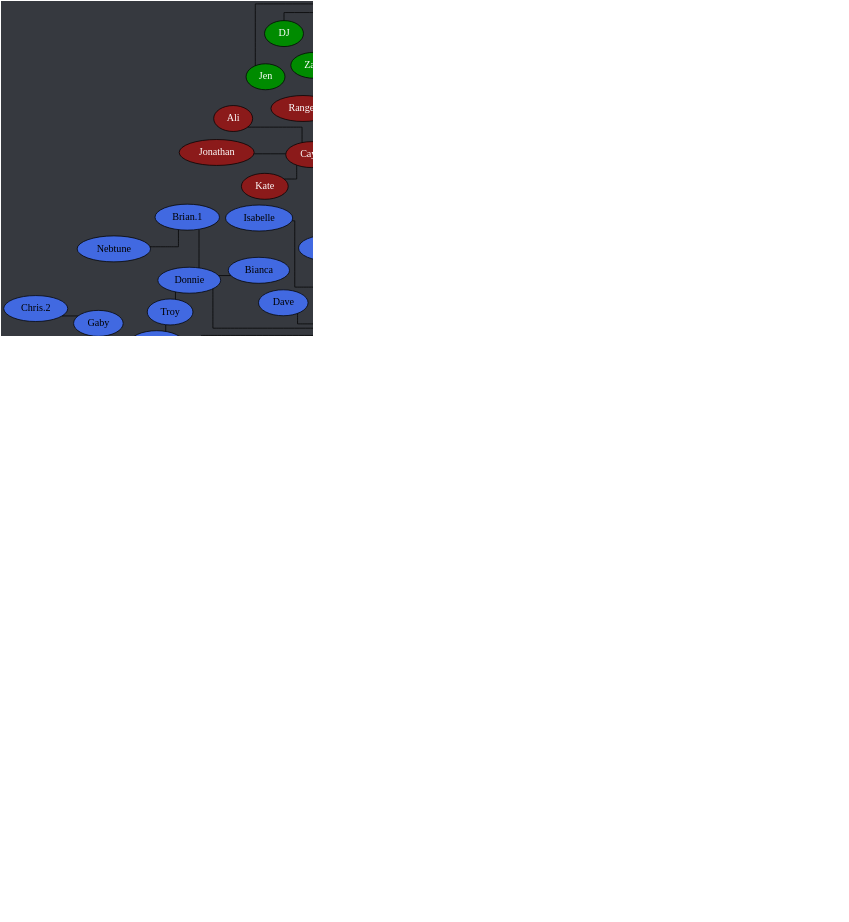
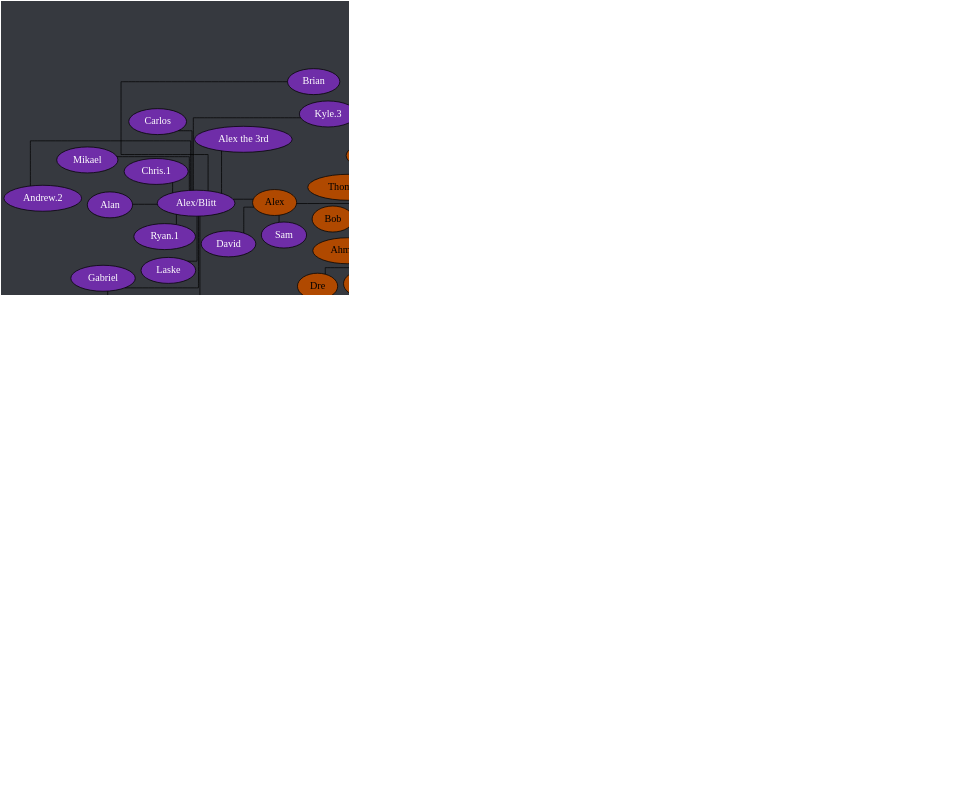
The diagram in tree.dot (Documidas/CoronaCatzFamilyTree), drawn with Graphviz before and after one commit. The commit also changed 1 other file, not shown here.

Commit message:
Add Darrock

```diff
--- a/tree.dot
+++ b/tree.dot
@@ -1,190 +1,191 @@
 strict graph {
 	// Layout Configuration
 	layout = neato;
 	dpi = 200;
 	epsilon = 0.01;
 	mode = major;
 	model = subset;
 	overlap = false;
 	splines = ortho;
 	start = rand;
 
 	// Visual Configuration
 	graph [ truecolor=true bgcolor="#36393f" ];
 	node [ style=filled fillcolor="gray" fontcolor="black" ];
 
 	subgraph "Joel" {
 		node [ style=filled fillcolor="firebrick4" fontcolor="white" ];
 		Joel [ style=filled fillcolor="gold" fontcolor="black" ];
 
 		Cayla -- Ali;
 		Cayla -- Jonathan;
 		Cayla -- Kate;
 		Cayla -- Nick;
 		Cayla -- Ranger;
 		Joel -- Anders;
 		Joel -- Cayla;
 		Joel -- Conner;
 		Joel -- Jared;
 		Joel -- Kat;
 		Joel -- Patrick;
 		Joel -- Steven;
 	}
 
 	subgraph "Anders" {
 		node [ style=filled fillcolor="green4" fontcolor="white" ];
 		// Anders [ style=filled fillcolor="green4" fontcolor="white" ];
 
 		Anders -- Chiara;
 		Anders -- Cody;
 		Anders -- Cole;
 		Anders -- Daniel;
 		Anders -- Derek;
 		Anders -- DJ;
 		Anders -- Hahnur;
 		Anders -- Jen;
 		Anders -- "Matt.2";
 		Anders -- Solis;
 		Anders -- Will;
 		Anders -- Wyatt;
 		Anders -- Zach;
 		Anders -- Zack;
 	}
 
 	subgraph "Jared" {
 		node [ style=filled fillcolor="royalblue" fontcolor="black" ];
 		// Jared [ style=filled fillcolor="royalblue" fontcolor="black" ];
 
 		"Andrew.1" -- Hannah;
 		"Brian.1" -- Nebtune;
 		"Carter-1.0" -- Tom;
 		Donnie -- Bianca;
 		Donnie -- "Brian.1";
+		Donnie -- Darrock;
 		Donnie -- Troy;
 		Gaby -- "Chris.2";
 		Greg -- "Andrew.1";
 		Greg -- "Carter-1.0";
 		Greg -- Ina;
 		Greg -- "John Boi";
 		Greg -- Tails;
 		Greg -- Tanyon;
 		Hannah -- Raana;
 		Jared -- Brandi;
 		Jared -- Dave;
 		Jared -- Donnie;
 		Jared -- Fabi;
 		Jared -- "Jack.2";
 		Jared -- Kamon;
 		Jared -- Greg;
 		Jared -- Isabelle;
 		Jared -- Mason;
 		Jared -- "Matt.1";
 		Jared -- Mehmet;
 		Jared -- Nam;
 		Jared -- Pixie;
 		Jared -- Shannon;
 		Jared -- Spencer;
 		Jared -- Tommy;
 		Jared -- Tyler;
 		Jared -- "Zach/Laniakea";
 		Jared -- Zoe;
 		"John Boi" -- Hardie;
 		Tommy -- Danny;
 		Troy -- Drake;
 		Tyler -- Aly;
 		Tyler -- "Bryan.2";
 		Tyler -- Gaby;
 		Zoe -- Brandon;
 	}
 
 	subgraph "Zach/Laniakea" {
 		node [ style=filled fillcolor="#4eff2c" fontcolor="black" ];
 		// "Zach/Laniakea" [ style=filled fillcolor="#4eff2c" fontcolor="black" ];
 
 		"Caio.2" -- "Kyle.1";
 		"Caio.2" -- Lucas;
 		"Ryan/Des" -- Marcus;
 		"Ryan/Wenger" -- Gracie;
 		"Zach/Laniakea" -- Allen;
 		"Zach/Laniakea" -- "Caio.2";
 		"Zach/Laniakea" -- John;
 		"Zach/Laniakea" -- Logan;
 		"Zach/Laniakea" -- Kevin;
 		"Zach/Laniakea" -- "Kyle.0";
 		"Zach/Laniakea" -- Mike;
 		"Zach/Laniakea" -- "Ryan/Des";
 		"Zach/Laniakea" -- "Ryan/Wenger";
 	}
 
 	subgraph "John" {
 		node [ style=filled fillcolor="#c89b3c" fontcolor="black" ];
 		// John [ style=filled fillcolor="#c89b3c" fontcolor="black" ];
 
 		John -- Anna;
 		John -- Emily;
 		John -- Haber;
 		John -- Jay;
 		John -- "Jack.1";
 		John -- Lara;
 		John -- Monarch;
 		John -- Rakib;
 		John -- "Thomas.1";
 		Rakib -- Hazel;
 	}
 
 	subgraph "John-stream" {
 		// node [ style=filled fillcolor="#9147ff" fontcolor="black" ];
 		node [ style=filled fillcolor="#c89b3c" fontcolor="black" ];
 
 		John -- "Michael/Wheezy";
 	}
 
 	subgraph "Thomas.1" {
 		node [ style=filled fillcolor="#b04900" fontcolor="black" ];
 		// "Thomas.1" [ style=filled fillcolor="#b04900" fontcolor="black" ];
 
 		"Thomas.1" -- Ahmeed;
 		"Thomas.1" -- Alex;
 		"Thomas.1" -- Bob;
 		"Thomas.1" -- "Da'Von";
 		"Thomas.1" -- Dre;
 		"Thomas.1" -- JD;
 		"Thomas.1" -- Josh;
 		"Thomas.1" -- Juan;
 		"Thomas.1" -- Pat;
 		"Thomas.1" -- Taylor;
 		"Thomas.1" -- "Thomas.2";
 		"Thomas.1" -- "Tony.1";
 		"Thomas.1" -- "Tony.2";
 		"Thomas.1" -- Travis;
 	}
 
 	subgraph "Alex" {
 		node [ style=filled fillcolor="#6f2da8" fontcolor="white" ];
 		// Alex [ style=filled fillcolor="#6f2da8" fontcolor="black" ];
 
 		Alex -- "Alex/Blitt";
 		Alex -- David;
 		Alex -- Sam;
 		"Alex/Blitt" -- Alan;
 		"Alex/Blitt" -- "Alex the 3rd";
 		"Alex/Blitt" -- "Andrew.2";
 		"Alex/Blitt" -- Brian;
 		"Alex/Blitt" -- Carlos;
 		"Alex/Blitt" -- "Chris.1";
 		"Alex/Blitt" -- Gabriel;
 		"Alex/Blitt" -- "Kyle.3";
 		"Alex/Blitt" -- Laske;
 		"Alex/Blitt" -- Mikael;
 		"Alex/Blitt" -- "Ryan.1";
 		"Alex/Blitt" -- "Sam.2";
 		"Da'Von" -- Dalton;
 		"Da'Von" -- Jon;
 		"Da'Von" -- Karma;
 		"Da'Von" -- Ram;
 		"Da'Von" -- Zeller;
 		Dalton -- "Carter.2";
 		Dalton -- Graysen;
 		Gabriel -- "Ryan.2";
 	}
 }
```
